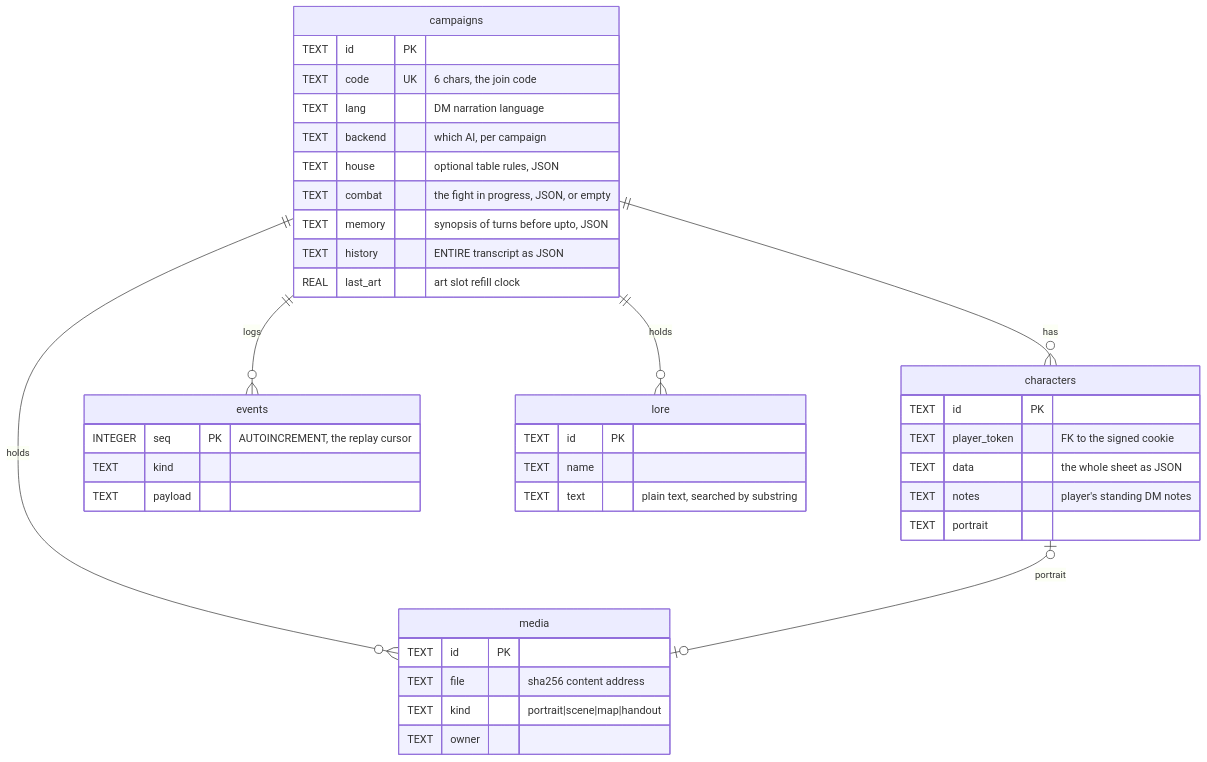
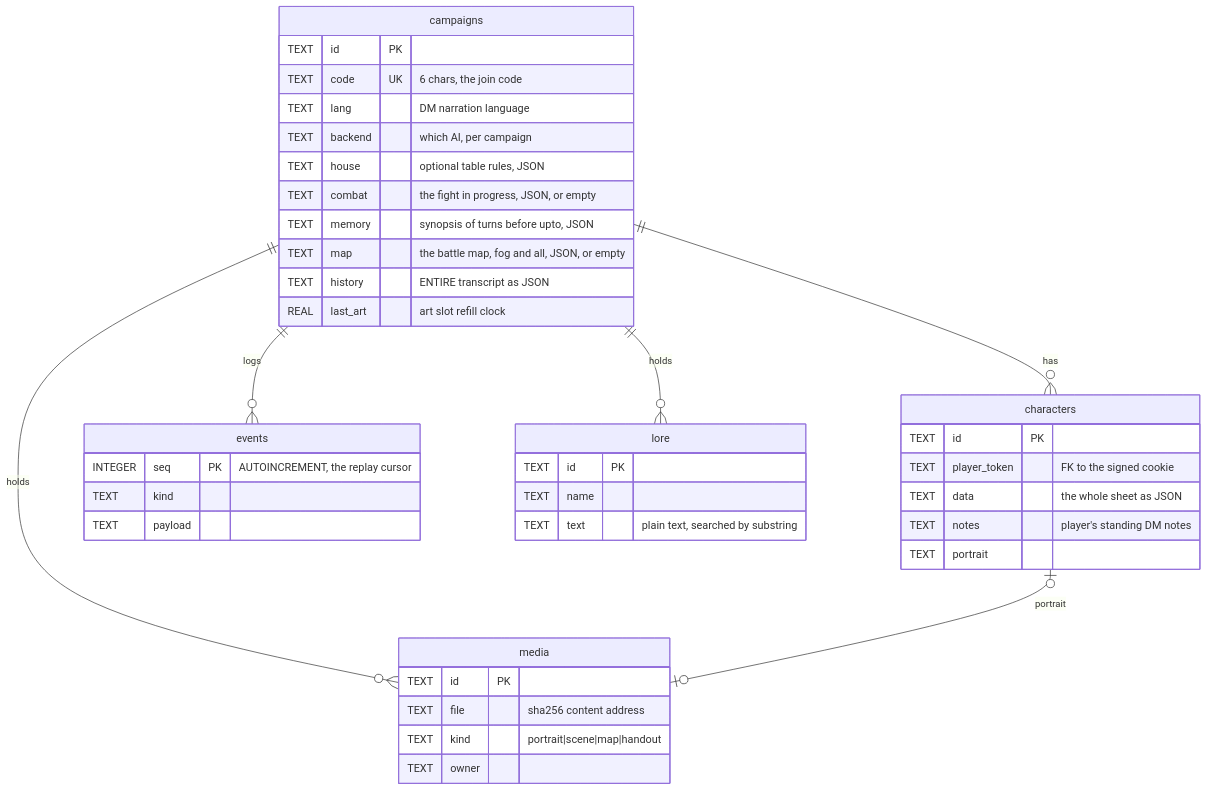
One commit to theam-ops/ai-dungeon-master changed the third of 5 diagrams in ARCHITECTURE.md. Above: the diagram before and after it, drawn with Mermaid. The commit also changed other lines of this file and 33 other files, not shown here.

First line of the commit message:
Add a battle map, background sound and narration read aloud

````diff
--- a/ARCHITECTURE.md
+++ b/ARCHITECTURE.md
@@ -184,43 +184,44 @@
 ```mermaid
 erDiagram
     campaigns ||--o{ characters : has
     campaigns ||--o{ events : logs
     campaigns ||--o{ media : holds
     campaigns ||--o{ lore : holds
     characters |o--o| media : portrait
 
     campaigns {
         TEXT id PK
         TEXT code UK "6 chars, the join code"
         TEXT lang "DM narration language"
         TEXT backend "which AI, per campaign"
         TEXT house "optional table rules, JSON"
         TEXT combat "the fight in progress, JSON, or empty"
         TEXT memory "synopsis of turns before upto, JSON"
+        TEXT map "the battle map, fog and all, JSON, or empty"
         TEXT history "ENTIRE transcript as JSON"
         REAL last_art "art slot refill clock"
     }
     characters {
         TEXT id PK
         TEXT player_token "FK to the signed cookie"
         TEXT data "the whole sheet as JSON"
         TEXT notes "player's standing DM notes"
         TEXT portrait
     }
     events {
         INTEGER seq PK "AUTOINCREMENT, the replay cursor"
         TEXT kind
         TEXT payload
     }
     media {
         TEXT id PK
         TEXT file "sha256 content address"
         TEXT kind "portrait|scene|map|handout"
         TEXT owner
     }
     lore {
         TEXT id PK
         TEXT name
         TEXT text "plain text, searched by substring"
     }
 ```
````
